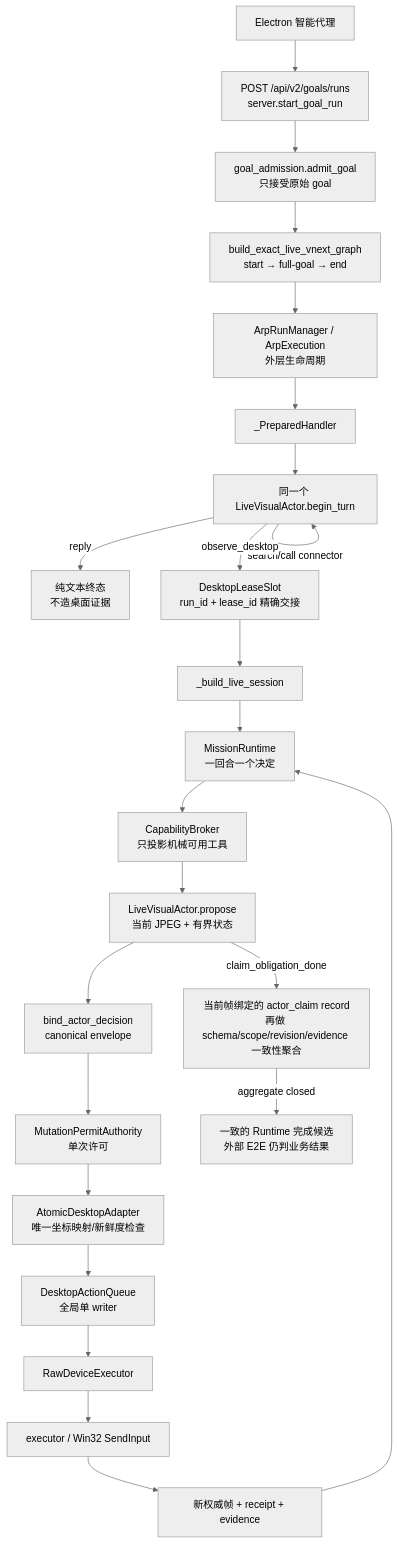
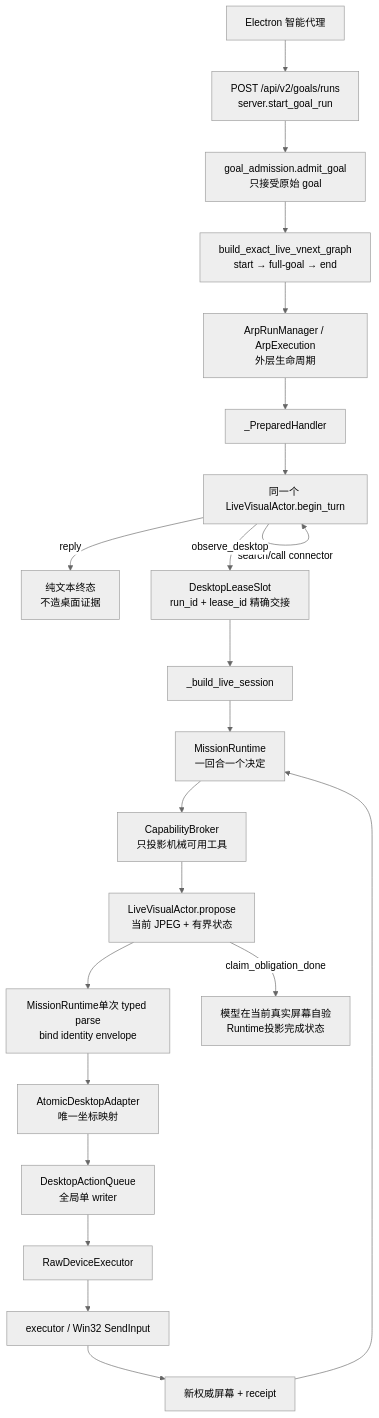
One commit to zoujiapeng/lingdong-script changed the first of 4 diagrams in docs/project-guide/06-file-reference-winpilot-python.md. Above: the diagram before and after it, drawn with Mermaid (neutral theme). The commit also changed other lines of this file and 45 other files, not shown here.

````diff
--- a/docs/project-guide/06-file-reference-winpilot-python.md
+++ b/docs/project-guide/06-file-reference-winpilot-python.md
@@ -38,26 +38,24 @@
 ```mermaid
 flowchart TD
     UI["Electron 智能代理"] --> API["POST /api/v2/goals/runs<br/>server.start_goal_run"]
     API --> GA["goal_admission.admit_goal<br/>只接受原始 goal"]
     GA --> GRAPH["build_exact_live_vnext_graph<br/>start → full-goal → end"]
     GRAPH --> OUTER["ArpRunManager / ArpExecution<br/>外层生命周期"]
     OUTER --> PREP["_PreparedHandler"]
     PREP --> FIRST["同一个 LiveVisualActor.begin_turn"]
     FIRST -->|reply| REPLY["纯文本终态<br/>不造桌面证据"]
     FIRST -->|search/call connector| FIRST
     FIRST -->|observe_desktop| LEASE["DesktopLeaseSlot<br/>run_id + lease_id 精确交接"]
     LEASE --> SESSION["_build_live_session"]
     SESSION --> MR["MissionRuntime<br/>一回合一个决定"]
     MR --> BROKER["CapabilityBroker<br/>只投影机械可用工具"]
     BROKER --> ACTOR["LiveVisualActor.propose<br/>当前 JPEG + 有界状态"]
-    ACTOR --> ENV["bind_actor_decision<br/>canonical envelope"]
-    ENV --> PERMIT["MutationPermitAuthority<br/>单次许可"]
-    PERMIT --> ADA["AtomicDesktopAdapter<br/>唯一坐标映射/新鲜度检查"]
+    ACTOR --> ENV["MissionRuntime单次 typed parse<br/>bind identity envelope"]
+    ENV --> ADA["AtomicDesktopAdapter<br/>唯一坐标映射"]
     ADA --> Q["DesktopActionQueue<br/>全局单 writer"]
     Q --> RAW["RawDeviceExecutor"]
     RAW --> SEND["executor / Win32 SendInput"]
-    SEND --> POST["新权威帧 + receipt + evidence"]
+    SEND --> POST["新权威屏幕 + receipt"]
     POST --> MR
-    ACTOR -->|claim_obligation_done| VERIFY["当前帧绑定的 actor_claim record<br/>再做 schema/scope/revision/evidence 一致性聚合"]
-    VERIFY -->|aggregate closed| DONE["一致的 Runtime 完成候选<br/>外部 E2E 仍判业务结果"]
+    ACTOR -->|claim_obligation_done| DONE["模型在当前真实屏幕自验<br/>Runtime投影完成状态"]
 ```
````
